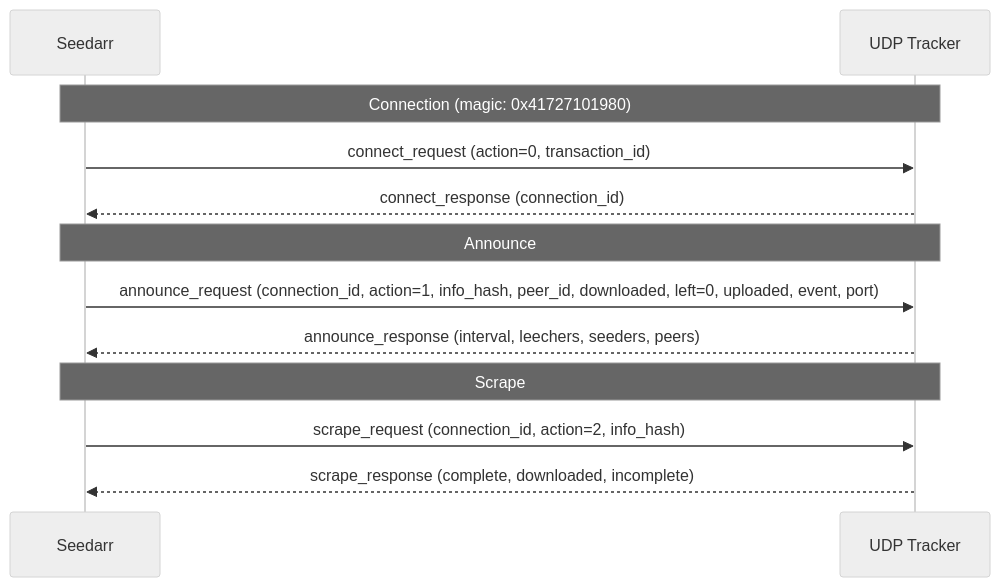
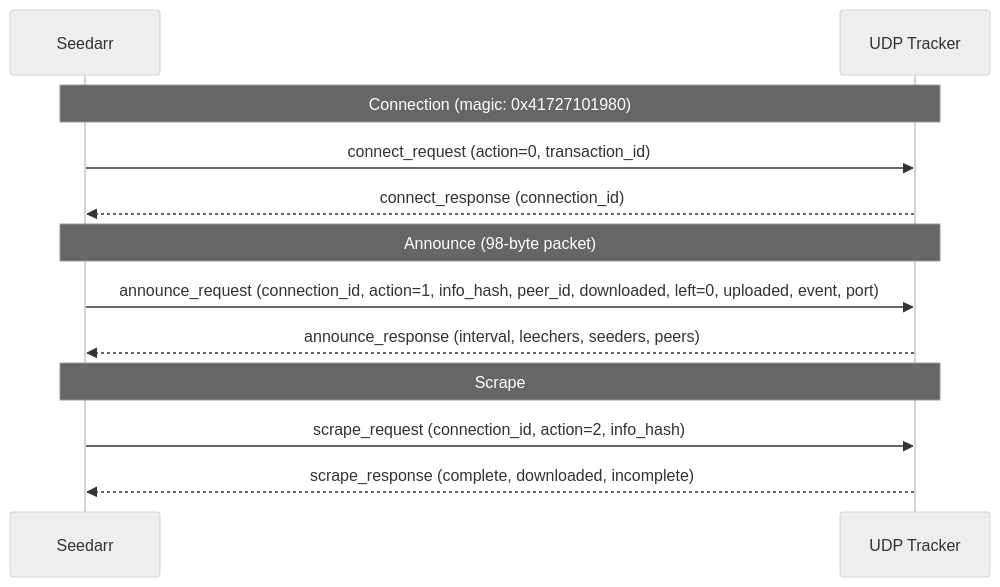
The third of 8 diagrams in docs/protocols.md (dmzoneill/Seedarr), drawn with Mermaid (neutral theme) before and after one commit. The commit also changed other lines of this file and 6 other files, not shown here.

````diff
--- a/docs/protocols.md
+++ b/docs/protocols.md
@@ -71,17 +82,17 @@
 ```mermaid
 sequenceDiagram
     participant S as Seedarr
     participant T as UDP Tracker
 
     Note over S,T: Connection (magic: 0x41727101980)
     S->>T: connect_request (action=0, transaction_id)
     T-->>S: connect_response (connection_id)
 
-    Note over S,T: Announce
+    Note over S,T: Announce (98-byte packet)
     S->>T: announce_request (connection_id, action=1, info_hash, peer_id, downloaded, left=0, uploaded, event, port)
     T-->>S: announce_response (interval, leechers, seeders, peers)
 
     Note over S,T: Scrape
     S->>T: scrape_request (connection_id, action=2, info_hash)
     T-->>S: scrape_response (complete, downloaded, incomplete)
 ```
````
